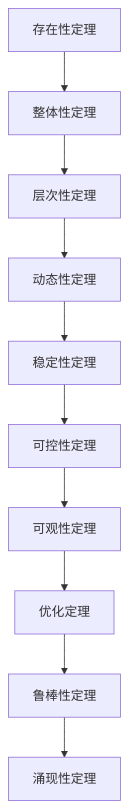
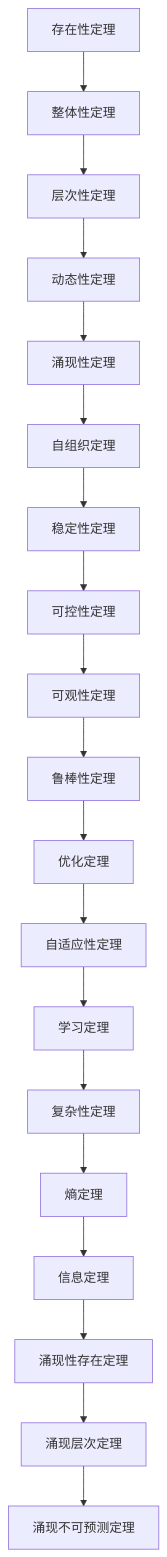
The diagram in 1.系统理论/1.4 形式化证明/1.4.1 命题与定理.md (AdaMartin18010/SystemOSIOT), drawn with Mermaid before and after one commit. The commit also changed other lines of this file and 118 other files, not shown here.

````diff
--- a/1.系统理论/1.4 形式化证明/1.4.1 命题与定理.md
+++ b/1.系统理论/1.4 形式化证明/1.4.1 命题与定理.md
@@ -209,12 +404,21 @@
 ```mermaid
 graph TD;
   T1[存在性定理] --> T2[整体性定理];
   T2 --> T3[层次性定理];
   T3 --> T4[动态性定理];
-  T4 --> T5[稳定性定理];
-  T5 --> T6[可控性定理];
-  T6 --> T7[可观性定理];
-  T7 --> T8[优化定理];
-  T8 --> T9[鲁棒性定理];
-  T9 --> T10[涌现性定理];
+  T4 --> T5[涌现性定理];
+  T5 --> T6[自组织定理];
+  T6 --> T7[稳定性定理];
+  T7 --> T8[可控性定理];
+  T8 --> T9[可观性定理];
+  T9 --> T10[鲁棒性定理];
+  T10 --> T11[优化定理];
+  T11 --> T12[自适应性定理];
+  T12 --> T13[学习定理];
+  T13 --> T14[复杂性定理];
+  T14 --> T15[熵定理];
+  T15 --> T16[信息定理];
+  T16 --> T17[涌现性存在定理];
+  T17 --> T18[涌现层次定理];
+  T18 --> T19[涌现不可预测定理];
 ```
````
